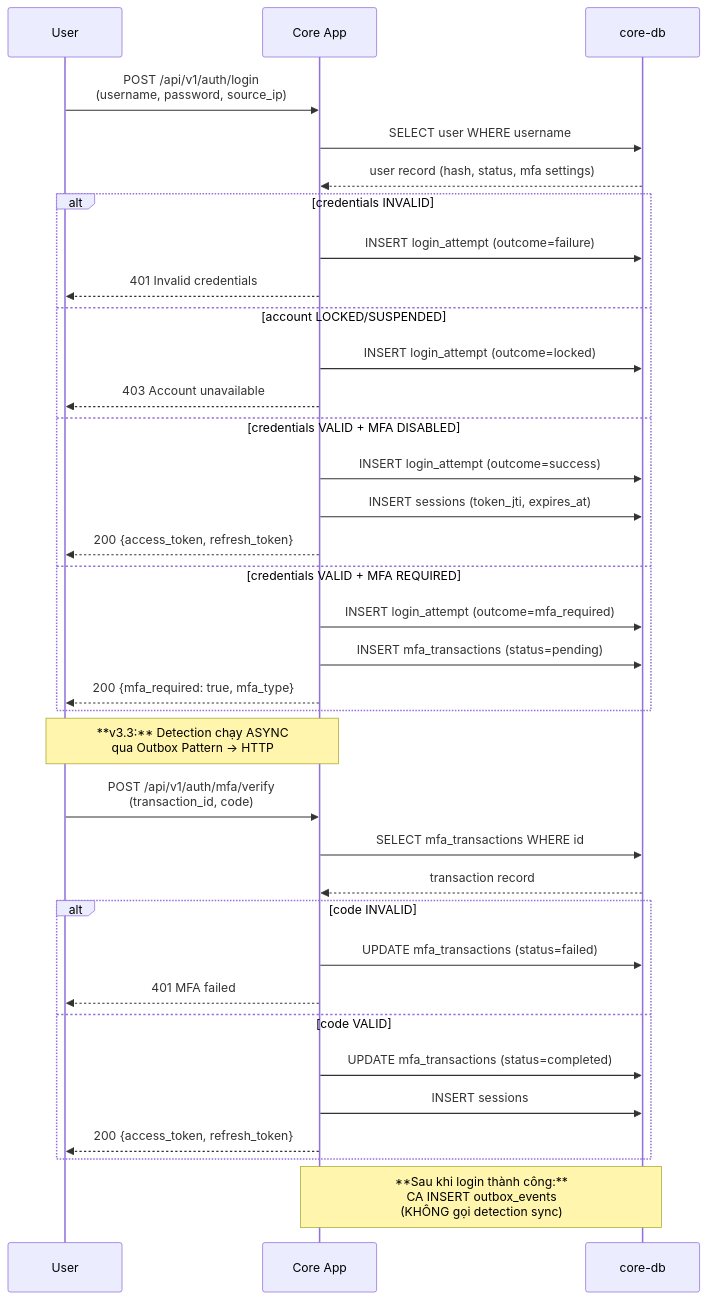
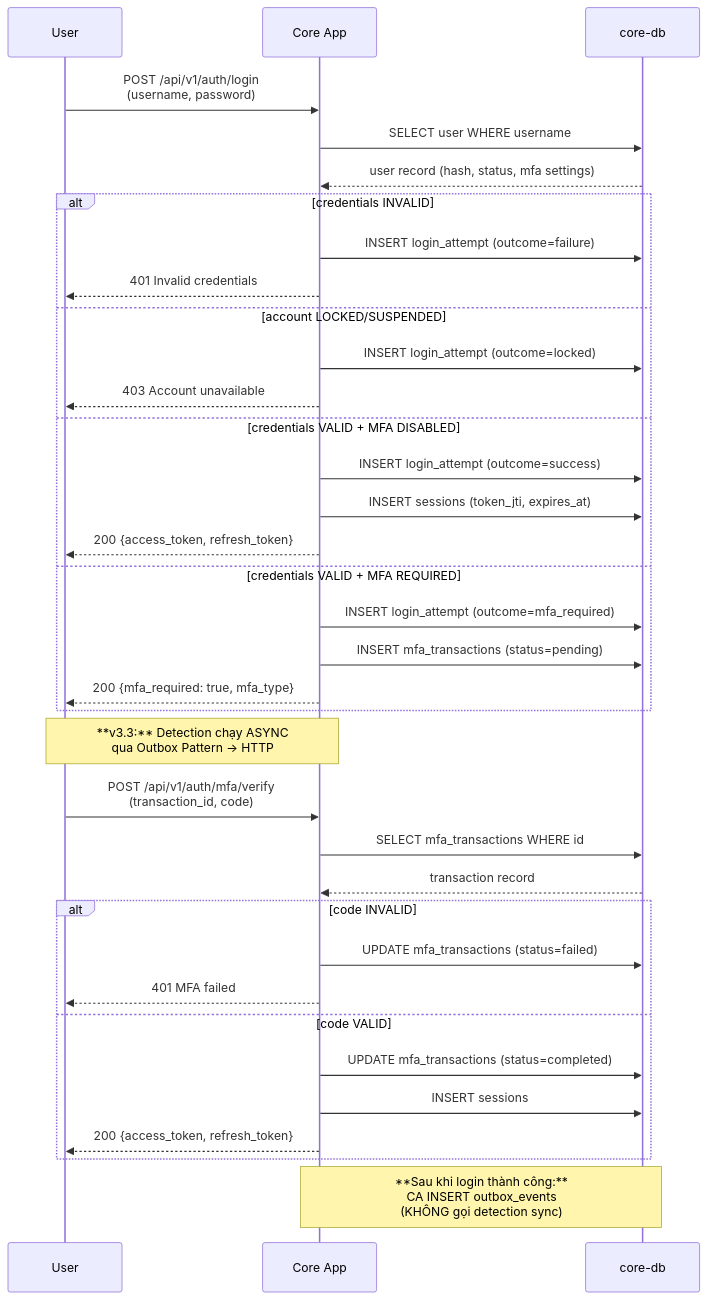
One commit to Albert-Tuan/sentinel-auth changed the second of 7 diagrams in docs/workflows.mmd. Above: the diagram before and after it, drawn with Mermaid. The commit also changed other lines of this file and 65 other files, not shown here.

````diff
--- a/docs/workflows.mmd
+++ b/docs/workflows.mmd
@@ -42,43 +42,43 @@
 ```mermaid
 sequenceDiagram
     participant U as User
     participant CA as Core App
     participant CDB as core-db
 
-    U->>CA: POST /api/v1/auth/login<br/>(username, password, source_ip)
+    U->>CA: POST /api/v1/auth/login<br/>(username, password)
     CA->>CDB: SELECT user WHERE username
     CDB-->>CA: user record (hash, status, mfa settings)
 
     alt credentials INVALID
         CA->>CDB: INSERT login_attempt (outcome=failure)
         CA-->>U: 401 Invalid credentials
     else account LOCKED/SUSPENDED
         CA->>CDB: INSERT login_attempt (outcome=locked)
         CA-->>U: 403 Account unavailable
     else credentials VALID + MFA DISABLED
         CA->>CDB: INSERT login_attempt (outcome=success)
         CA->>CDB: INSERT sessions (token_jti, expires_at)
         CA-->>U: 200 {access_token, refresh_token}
     else credentials VALID + MFA REQUIRED
         CA->>CDB: INSERT login_attempt (outcome=mfa_required)
         CA->>CDB: INSERT mfa_transactions (status=pending)
         CA-->>U: 200 {mfa_required: true, mfa_type}
     end
 
     Note over U,CA: **v3.3:** Detection chạy ASYNC<br/>qua Outbox Pattern → HTTP
 
     U->>CA: POST /api/v1/auth/mfa/verify<br/>(transaction_id, code)
     CA->>CDB: SELECT mfa_transactions WHERE id
     CDB-->>CA: transaction record
 
     alt code INVALID
         CA->>CDB: UPDATE mfa_transactions (status=failed)
         CA-->>U: 401 MFA failed
     else code VALID
         CA->>CDB: UPDATE mfa_transactions (status=completed)
         CA->>CDB: INSERT sessions
         CA-->>U: 200 {access_token, refresh_token}
     end
 
     Note over CA,CDB: **Sau khi login thành công:**<br/>CA INSERT outbox_events<br/>(KHÔNG gọi detection sync)
 ```
````
